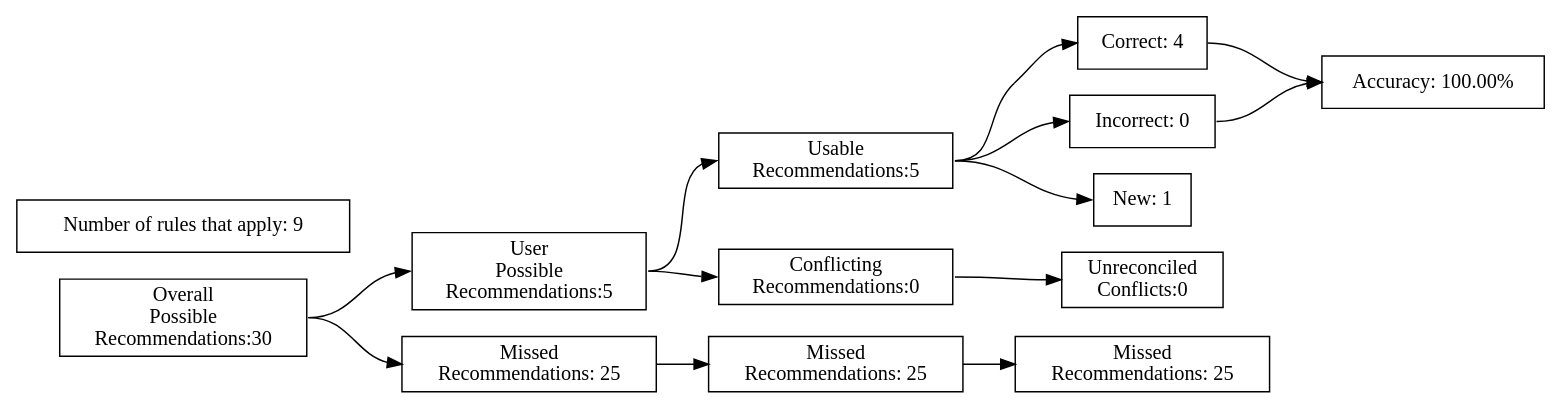
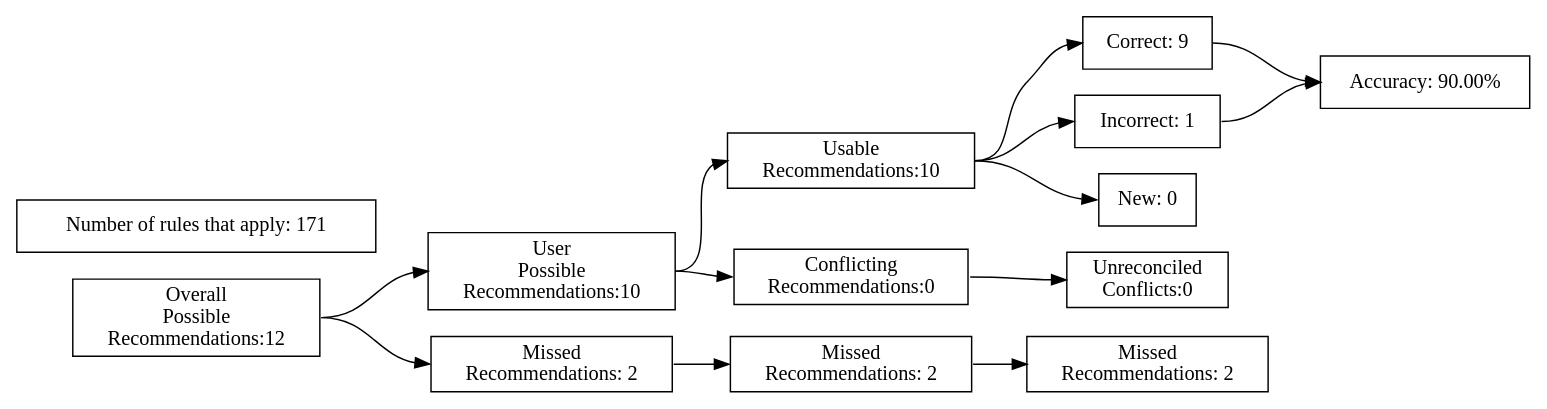
The diagram in test_renders/29.gv (ZaxR/ibd_diet_analysis), drawn with Graphviz before and after one commit. The commit also changed 77 other files, not shown here.

```diff
--- a/test_renders/29.gv
+++ b/test_renders/29.gv
@@ -1,40 +1,40 @@
 digraph {
 	graph [rankdir=LR]
 	node [pos=r shape=box]
 	edge [headport=w tailport=e]
 		A [label="Overall
 Possible
-Recommendations:30"]
+Recommendations:12"]
 		B [label="User
 Possible
-Recommendations:5"]
+Recommendations:10"]
 		C [label="Missed
-Recommendations: 25"]
+Recommendations: 2"]
 		D [label="Usable
-Recommendations:5"]
+Recommendations:10"]
 		E [label="Conflicting
 Recommendations:0"]
 		J [label="Missed
-Recommendations: 25"]
+Recommendations: 2"]
 		M [label="Unreconciled
 Conflicts:0"]
-		F [label="Correct: 4"]
-		G [label="Incorrect: 0"]
-		H [label="New: 1"]
+		F [label="Correct: 9"]
+		G [label="Incorrect: 1"]
+		H [label="New: 0"]
 		K [label="Missed
-Recommendations: 25"]
-		I [label="Accuracy: 100.00%"]
-		l [label="Number of rules that apply: 9"]
+Recommendations: 2"]
+		I [label="Accuracy: 90.00%"]
+		l [label="Number of rules that apply: 171"]
 			A -> B
 			A -> C
 			B -> D
 			B -> E
 			D -> F
 			D -> G
 			D -> H
 			F -> I
 			G -> I
 			C -> J
 			J -> K
 			E -> M
 }
```
